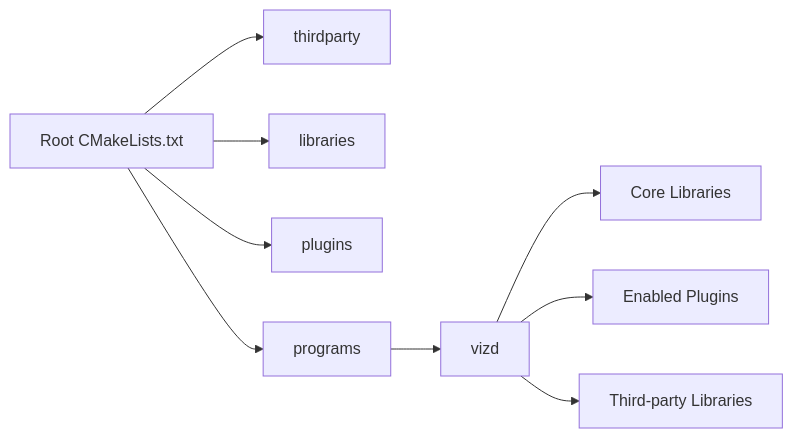
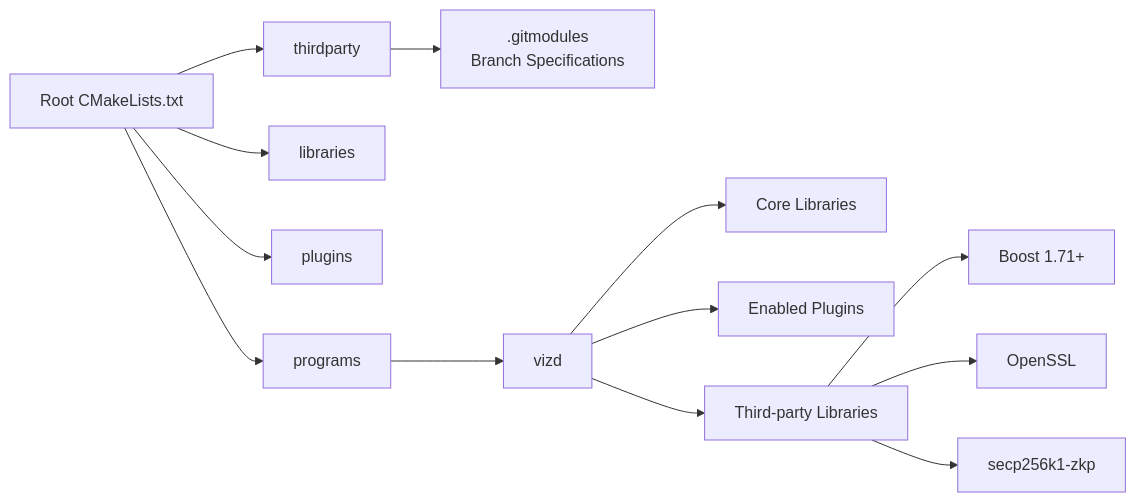
The third of 3 diagrams in .qoder/repowiki/en/content/Configuration Management/Build Configuration.md (VIZ-Blockchain/viz-cpp-node), drawn with Mermaid before and after one commit. The commit also changed other lines of this file and 7 other files, not shown here.

````diff
--- a/.qoder/repowiki/en/content/Configuration Management/Build Configuration.md
+++ b/.qoder/repowiki/en/content/Configuration Management/Build Configuration.md
@@ -244,16 +309,21 @@
 ```mermaid
 graph LR
 Root["Root CMakeLists.txt"]
 TP["thirdparty"]
 LIB["libraries"]
 PLG["plugins"]
 PRG["programs"]
+Submods[".gitmodules<br/>Branch Specifications"]
 Root --> TP
 Root --> LIB
 Root --> PLG
 Root --> PRG
+TP --> Submods
 PRG --> VIZD["vizd"]
 VIZD --> Core["Core Libraries"]
 VIZD --> Plugins["Enabled Plugins"]
 VIZD --> Third["Third-party Libraries"]
+Third --> Boost["Boost 1.71+"]
+Third --> OpenSSL["OpenSSL"]
+Third --> Crypto["secp256k1-zkp"]
 ```
````
